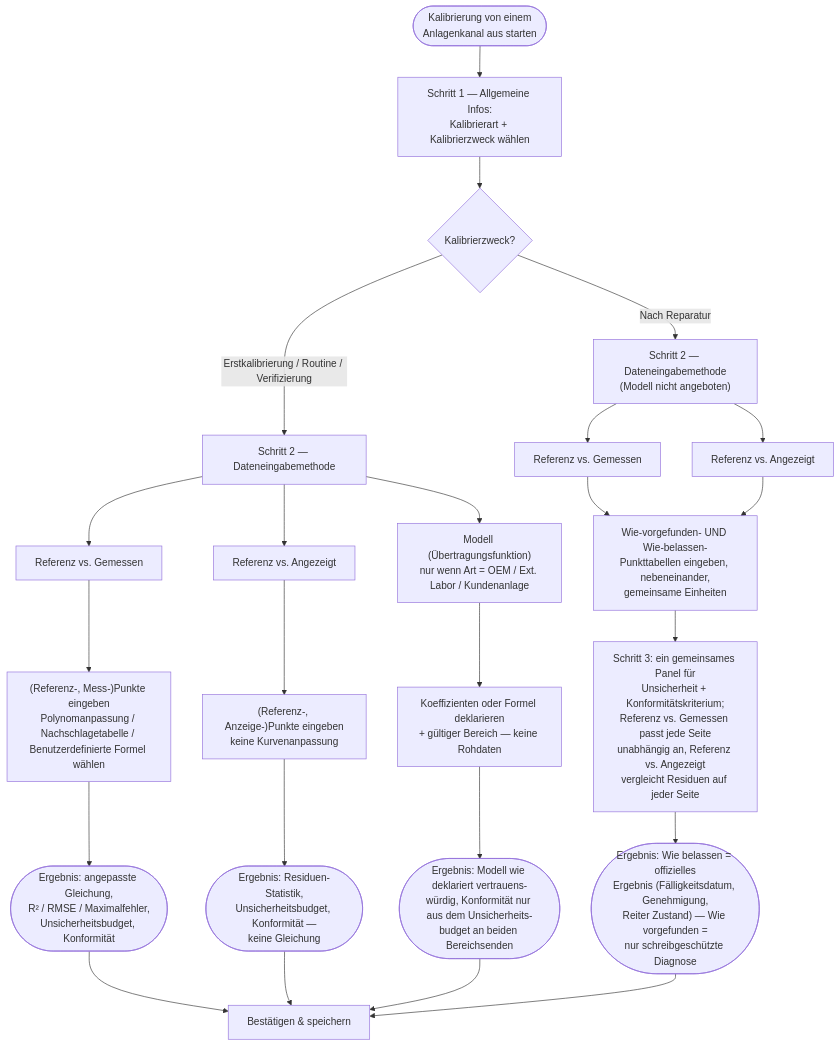
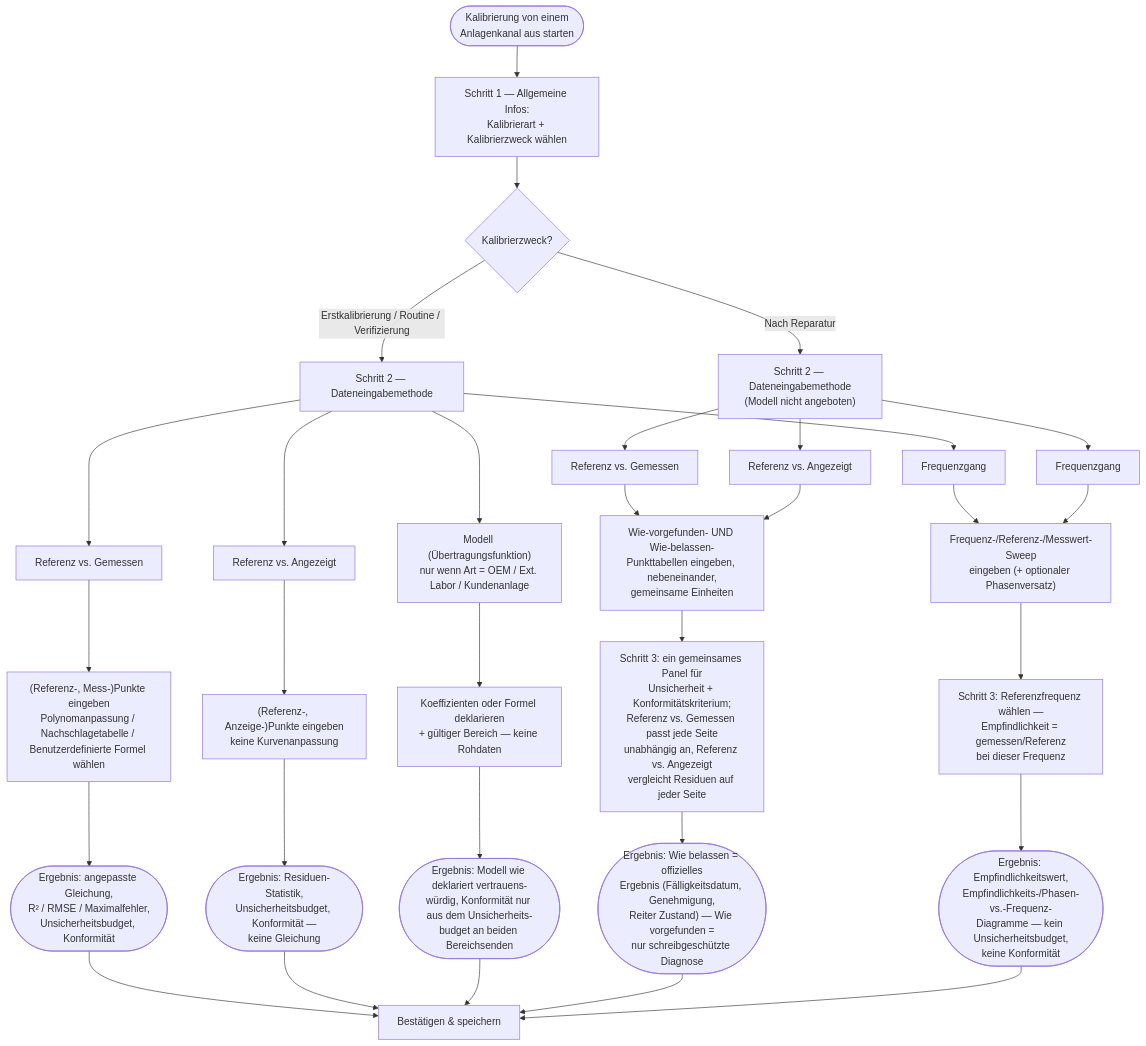
Before and after one commit to open-gauge/open-gauge: the diagram in apps/docs/content/docs/guide/calibration/overview.de.mdx, drawn with Mermaid. The commit also changed other lines of this file and 55 other files, not shown here.

````diff
--- a/apps/docs/content/docs/guide/calibration/overview.de.mdx
+++ b/apps/docs/content/docs/guide/calibration/overview.de.mdx
@@ -67,34 +69,42 @@
 ```mermaid
 flowchart TD
     Start(["Kalibrierung von einem<br/>Anlagenkanal aus starten"]) --> Step1["Schritt 1 — Allgemeine Infos:<br/>Kalibrierart + Kalibrierzweck wählen"]
     Step1 --> Purpose{"Kalibrierzweck?"}
 
     Purpose -->|"Erstkalibrierung / Routine / Verifizierung"| Picker1["Schritt 2 — Dateneingabemethode"]
     Purpose -->|"Nach Reparatur"| Picker2["Schritt 2 — Dateneingabemethode<br/>(Modell nicht angeboten)"]
 
     Picker1 --> RVM["Referenz vs. Gemessen"]
     Picker1 --> RVI["Referenz vs. Angezeigt"]
     Picker1 --> Model["Modell (Übertragungsfunktion)<br/>nur wenn Art = OEM / Ext. Labor / Kundenanlage"]
+    Picker1 --> FreqResp["Frequenzgang"]
 
     Picker2 --> RVMAfter["Referenz vs. Gemessen"]
     Picker2 --> RVIAfter["Referenz vs. Angezeigt"]
+    Picker2 --> FreqRespAfter["Frequenzgang"]
 
     RVM --> RVMEntry["(Referenz-, Mess-)Punkte eingeben<br/>Polynomanpassung / Nachschlagetabelle / Benutzerdefinierte Formel wählen"]
     RVMEntry --> RVMOut(["Ergebnis: angepasste Gleichung,<br/>R² / RMSE / Maximalfehler,<br/>Unsicherheitsbudget, Konformität"])
 
     RVI --> RVIEntry["(Referenz-, Anzeige-)Punkte eingeben<br/>keine Kurvenanpassung"]
     RVIEntry --> RVIOut(["Ergebnis: Residuen-Statistik,<br/>Unsicherheitsbudget, Konformität —<br/>keine Gleichung"])
 
     Model --> ModelEntry["Koeffizienten oder Formel deklarieren<br/>+ gültiger Bereich — keine Rohdaten"]
     ModelEntry --> ModelOut(["Ergebnis: Modell wie deklariert vertrauens-<br/>würdig, Konformität nur aus dem Unsicherheits-<br/>budget an beiden Bereichsenden"])
 
     RVMAfter --> AfalEntry["Wie-vorgefunden- UND Wie-belassen-<br/>Punkttabellen eingeben, nebeneinander,<br/>gemeinsame Einheiten"]
     RVIAfter --> AfalEntry
     AfalEntry --> AfalCalc["Schritt 3: ein gemeinsames Panel für<br/>Unsicherheit + Konformitätskriterium;<br/>Referenz vs. Gemessen passt jede Seite<br/>unabhängig an, Referenz vs. Angezeigt<br/>vergleicht Residuen auf jeder Seite"]
     AfalCalc --> AfalOut(["Ergebnis: Wie belassen = offizielles<br/>Ergebnis (Fälligkeitsdatum, Genehmigung,<br/>Reiter Zustand) — Wie vorgefunden =<br/>nur schreibgeschützte Diagnose"])
 
+    FreqResp --> FreqEntry["Frequenz-/Referenz-/Messwert-Sweep<br/>eingeben (+ optionaler Phasenversatz)"]
+    FreqRespAfter --> FreqEntry
+    FreqEntry --> FreqCalc["Schritt 3: Referenzfrequenz wählen —<br/>Empfindlichkeit = gemessen/Referenz<br/>bei dieser Frequenz"]
+    FreqCalc --> FreqOut(["Ergebnis: Empfindlichkeitswert,<br/>Empfindlichkeits-/Phasen-vs.-Frequenz-<br/>Diagramme — kein Unsicherheitsbudget,<br/>keine Konformität"])
+
     RVMOut --> Save["Bestätigen & speichern"]
     RVIOut --> Save
     ModelOut --> Save
     AfalOut --> Save
+    FreqOut --> Save
 ```
````
